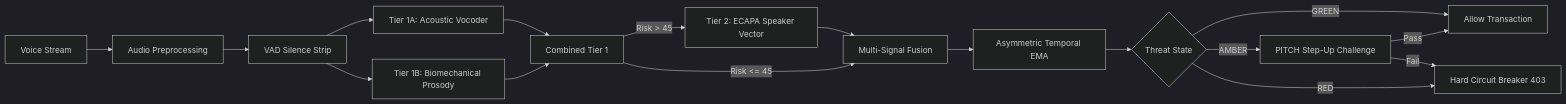
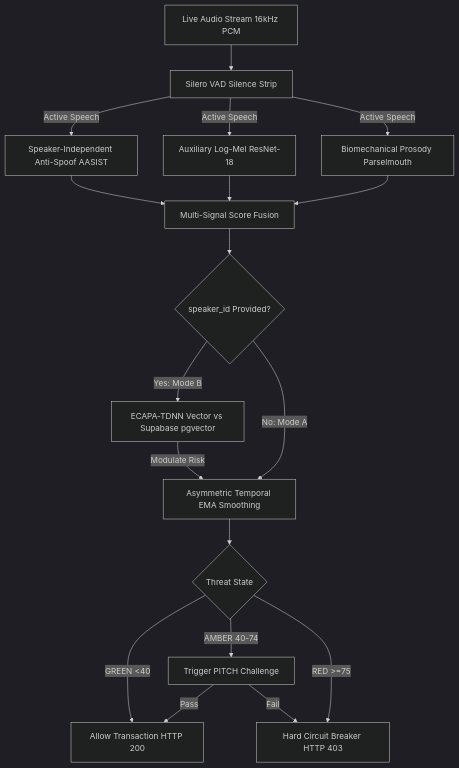
The diagram in README.md (Sayan-Mukherjee99/Voice-Cloning-Prototype), drawn with Mermaid (dark theme) before and after one commit. The commit also changed other lines of this file and 6 other files, not shown here.

````diff
--- a/README.md
+++ b/README.md
@@ -78,18 +100,18 @@
 ```mermaid
-flowchart LR
-    A[Voice Stream] --> B[Audio Preprocessing]
-    B --> C[VAD Silence Strip]
-    C --> D[Tier 1A: Acoustic Vocoder]
-    C --> E[Tier 1B: Biomechanical Prosody]
-    D & E --> F[Combined Tier 1]
-    F -->|Risk > 45| G[Tier 2: ECAPA Speaker Vector]
-    F -->|Risk <= 45| H[Multi-Signal Fusion]
-    G --> H
-    H --> I[Asymmetric Temporal EMA]
+flowchart TD
+    A[Live Audio Stream 16kHz PCM] --> B[Silero VAD Silence Strip]
+    B -->|Active Speech| C[Speaker-Independent Anti-Spoof AASIST]
+    B -->|Active Speech| D[Auxiliary Log-Mel ResNet-18]
+    B -->|Active Speech| E[Biomechanical Prosody Parselmouth]
+    C & D & E --> F[Multi-Signal Score Fusion]
+    F --> G{speaker_id Provided?}
+    G -->|Yes: Mode B| H[ECAPA-TDNN Vector vs Supabase pgvector]
+    G -->|No: Mode A| I[Asymmetric Temporal EMA Smoothing]
+    H -->|Modulate Risk| I
     I --> J{Threat State}
-    J -->|GREEN| K[Allow Transaction]
-    J -->|AMBER| L[PITCH Step-Up Challenge]
-    J -->|RED| M[Hard Circuit Breaker 403]
+    J -->|GREEN <40| K[Allow Transaction HTTP 200]
+    J -->|AMBER 40-74| L[Trigger PITCH Challenge]
+    J -->|RED >=75| M[Hard Circuit Breaker HTTP 403]
     L -->|Pass| K
     L -->|Fail| M
 ```
````
